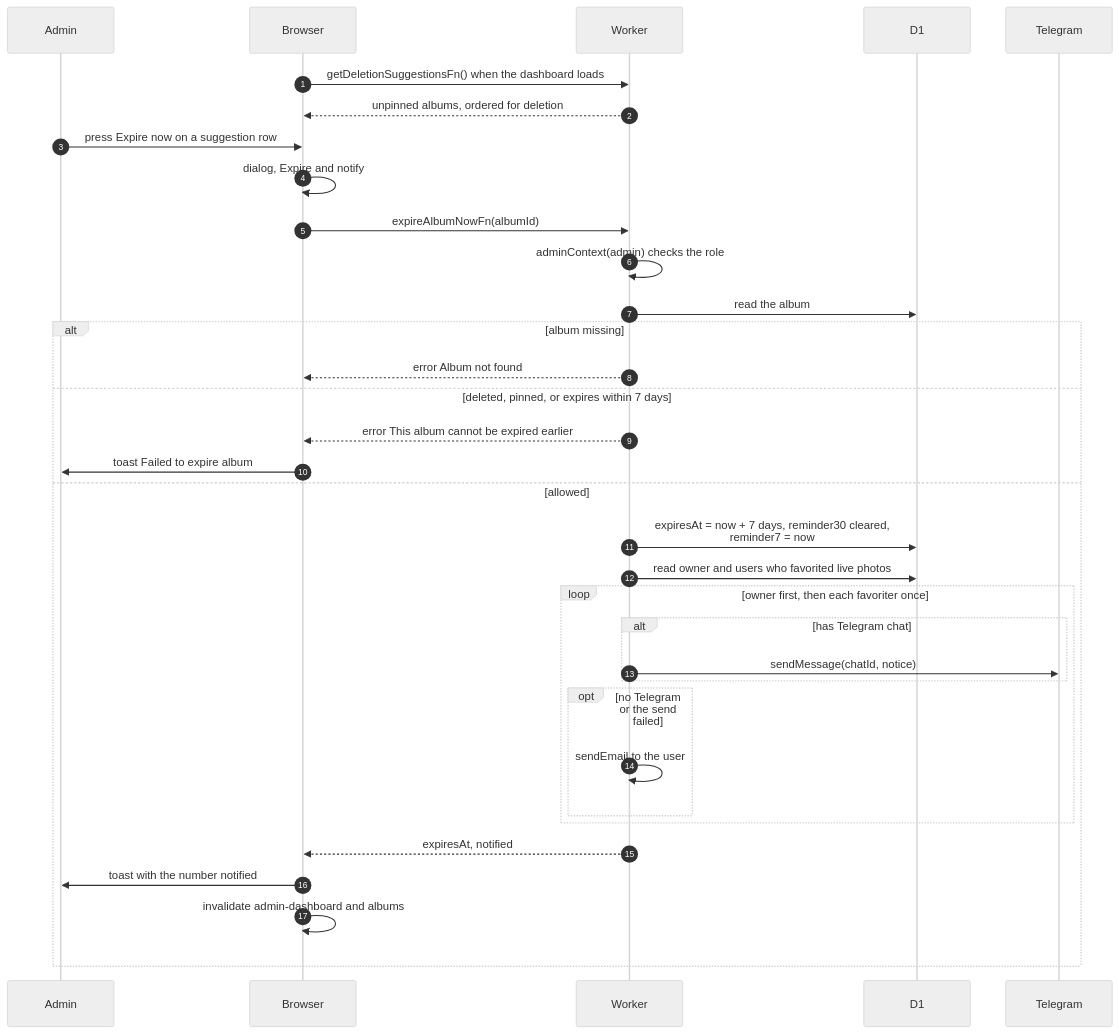
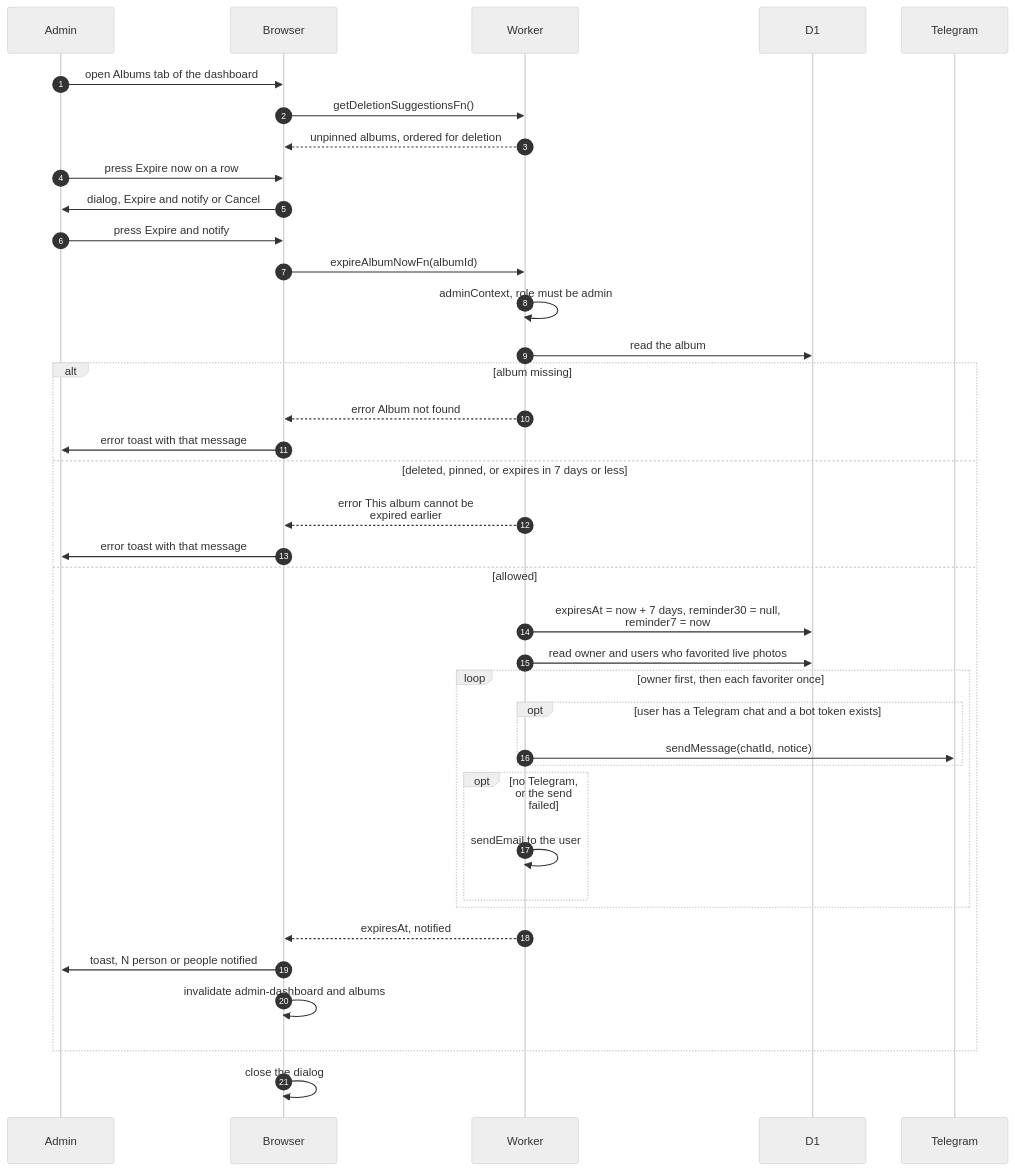
One commit to sagyzdop/meriksirat changed the diagram in docs/scenarios/cron/albums-and-housekeeping/expire-early.md. Above: the diagram before and after it, drawn with Mermaid (neutral theme). The commit also changed other lines of this file and 10 other files, not shown here.

Commit message:
docs(scenarios): verify cron albums-and-housekeeping diagrams against code

````diff
--- a/docs/scenarios/cron/albums-and-housekeeping/expire-early.md
+++ b/docs/scenarios/cron/albums-and-housekeeping/expire-early.md
@@ -31,36 +41,40 @@
 ```mermaid
 sequenceDiagram
     autonumber
     participant Admin
     participant Browser
     participant Worker
     participant D1
     participant Telegram
-    Browser->>Worker: getDeletionSuggestionsFn() when the dashboard loads
+    Admin->>Browser: open Albums tab of the dashboard
+    Browser->>Worker: getDeletionSuggestionsFn()
     Worker-->>Browser: unpinned albums, ordered for deletion
-    Admin->>Browser: press Expire now on a suggestion row
-    Browser->>Browser: dialog, Expire and notify
+    Admin->>Browser: press Expire now on a row
+    Browser->>Admin: dialog, Expire and notify or Cancel
+    Admin->>Browser: press Expire and notify
     Browser->>Worker: expireAlbumNowFn(albumId)
-    Worker->>Worker: adminContext(admin) checks the role
+    Worker->>Worker: adminContext, role must be admin
     Worker->>D1: read the album
     alt album missing
         Worker-->>Browser: error Album not found
-    else deleted, pinned, or expires within 7 days
-        Worker-->>Browser: error This album cannot be expired earlier
-        Browser->>Admin: toast Failed to expire album
+        Browser->>Admin: error toast with that message
+    else deleted, pinned, or expires in 7 days or less
+        Worker-->>Browser: error This album cannot be<br/>expired earlier
+        Browser->>Admin: error toast with that message
     else allowed
-        Worker->>D1: expiresAt = now + 7 days, reminder30 cleared,<br/>reminder7 = now
+        Worker->>D1: expiresAt = now + 7 days, reminder30 = null,<br/>reminder7 = now
         Worker->>D1: read owner and users who favorited live photos
         loop owner first, then each favoriter once
-            alt has Telegram chat
+            opt user has a Telegram chat and a bot token exists
                 Worker->>Telegram: sendMessage(chatId, notice)
             end
-            opt no Telegram or the send failed
+            opt no Telegram, or the send failed
                 Worker->>Worker: sendEmail to the user
             end
         end
         Worker-->>Browser: expiresAt, notified
-        Browser->>Admin: toast with the number notified
+        Browser->>Admin: toast, N person or people notified
         Browser->>Browser: invalidate admin-dashboard and albums
     end
+    Browser->>Browser: close the dialog
 ```
````
